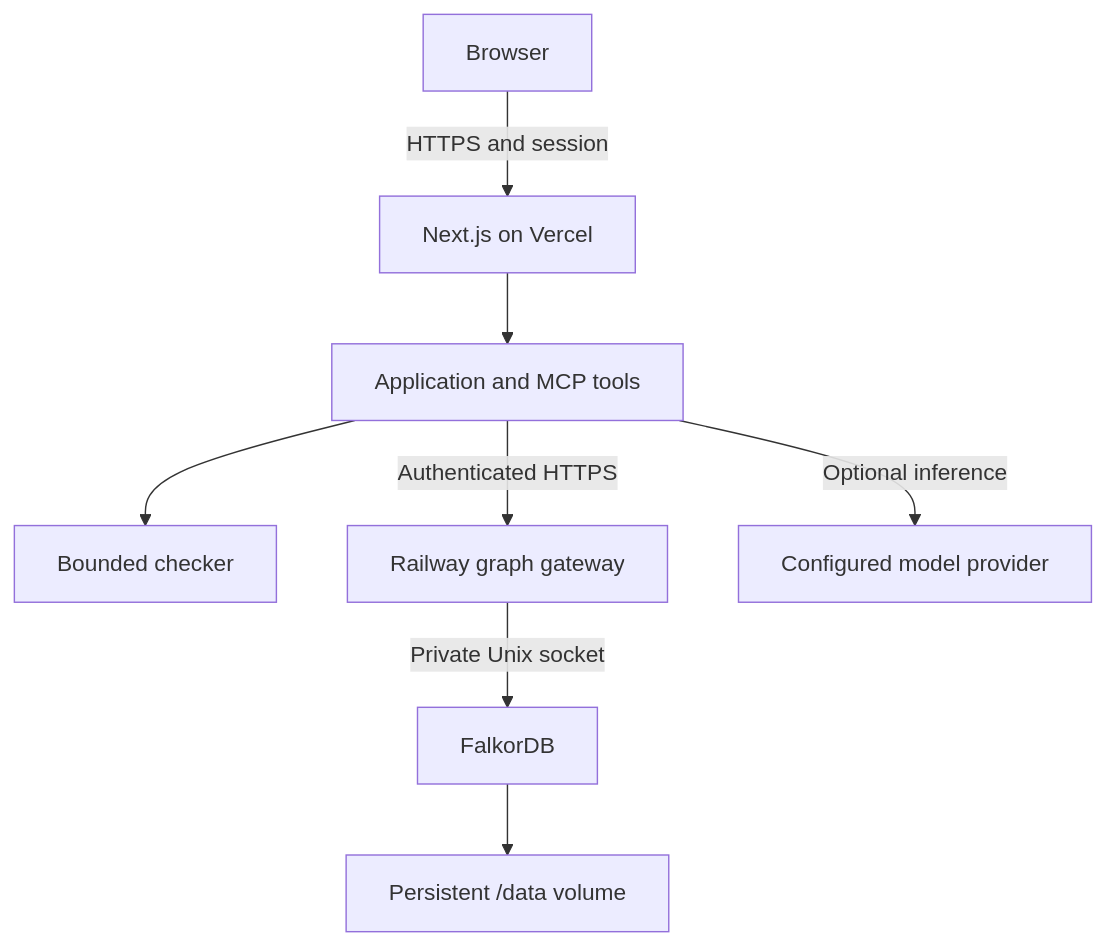
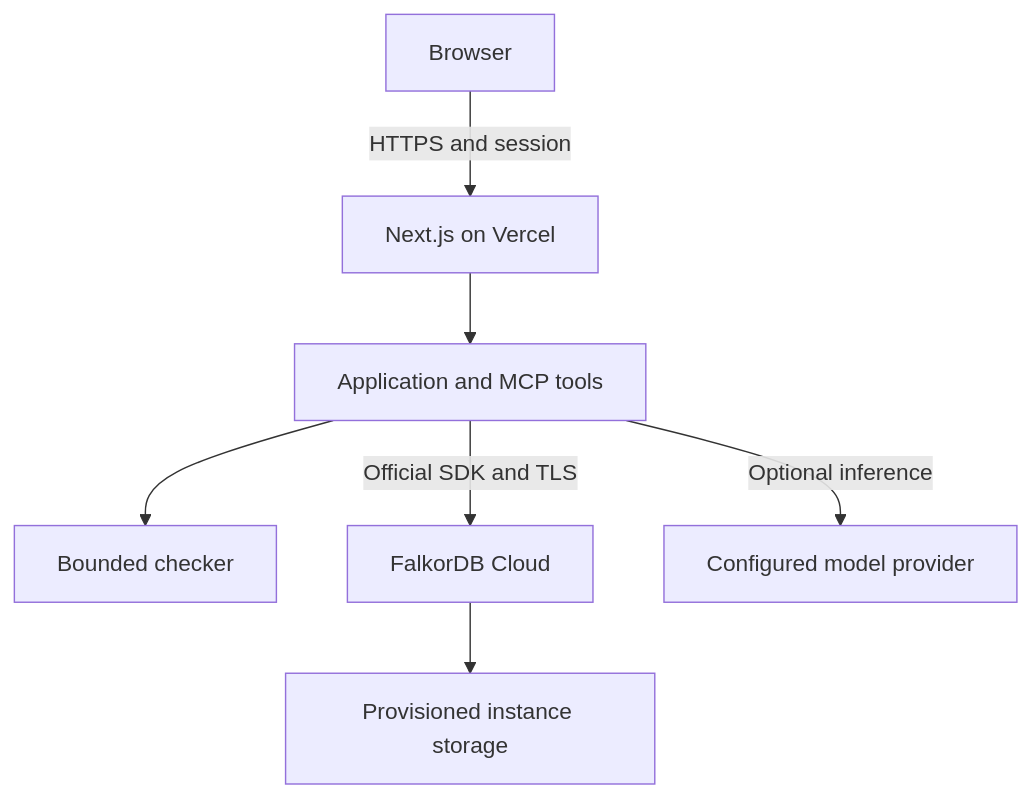
One commit to ayushmanthehero-lab/Parallax changed the diagram in README.md. Above: the diagram before and after it, drawn with Mermaid. The commit also changed other lines of this file and 20 other files, not shown here.

Commit message:
Complete local Docker setup, preserve graph provenance, and add demo documentation

````diff
--- a/README.md
+++ b/README.md
@@ -153,10 +199,9 @@
 ```mermaid
 flowchart TD
   B[Browser] -->|HTTPS and session| W[Next.js on Vercel]
   W --> A[Application and MCP tools]
   A --> C[Bounded checker]
-  A -->|Authenticated HTTPS| G[Railway graph gateway]
+  A -->|Official SDK and TLS| FC[FalkorDB Cloud]
   A -->|Optional inference| M[Configured model provider]
-  G -->|Private Unix socket| F[FalkorDB]
-  F --> V[Persistent /data volume]
+  FC --> V[Provisioned instance storage]
 ```
````
